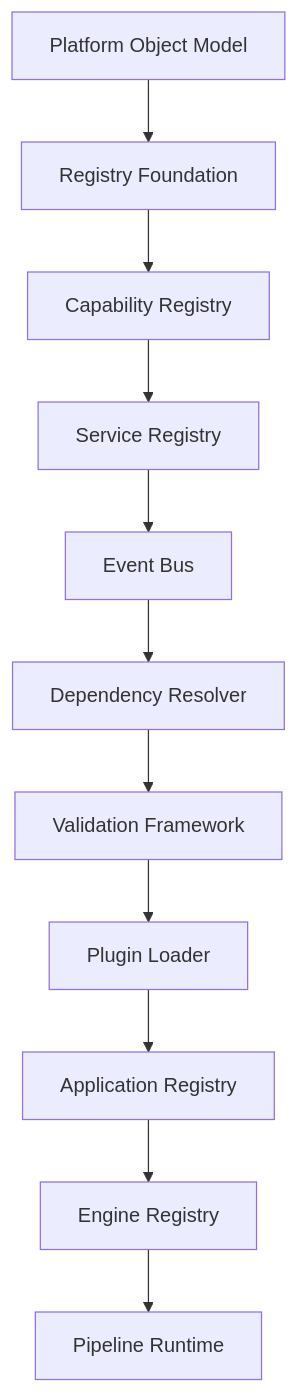
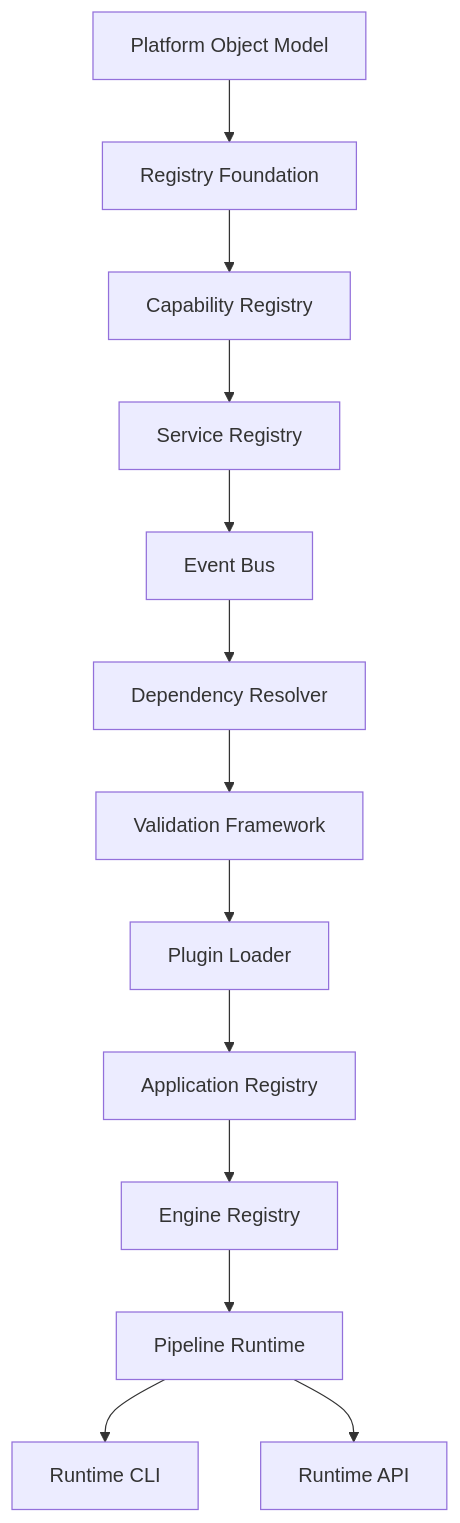
Before and after one commit to shawnfoster/AXI-Platform: the diagram in Governance/RuntimeRoadmap.md, drawn with Mermaid. The commit also changed other lines of this file and 12 other files, not shown here.

````diff
--- a/Governance/RuntimeRoadmap.md
+++ b/Governance/RuntimeRoadmap.md
@@ -39,13 +61,15 @@
 ```mermaid
 flowchart TD
     M6["Platform Object Model"] --> RF["Registry Foundation"]
     RF --> M8["Capability Registry"]
     M8 --> M9["Service Registry"]
     M9 --> M10["Event Bus"]
     M10 --> M11["Dependency Resolver"]
     M11 --> M12["Validation Framework"]
     M12 --> M13["Plugin Loader"]
     M13 --> M14["Application Registry"]
     M14 --> M15["Engine Registry"]
     M15 --> M16["Pipeline Runtime"]
+    M16 --> M17["Runtime CLI"]
+    M16 --> M18["Runtime API"]
 ```
````
